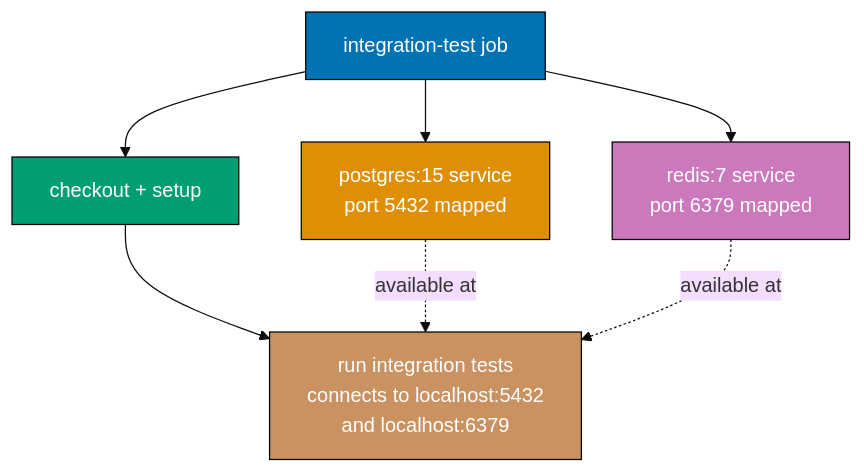
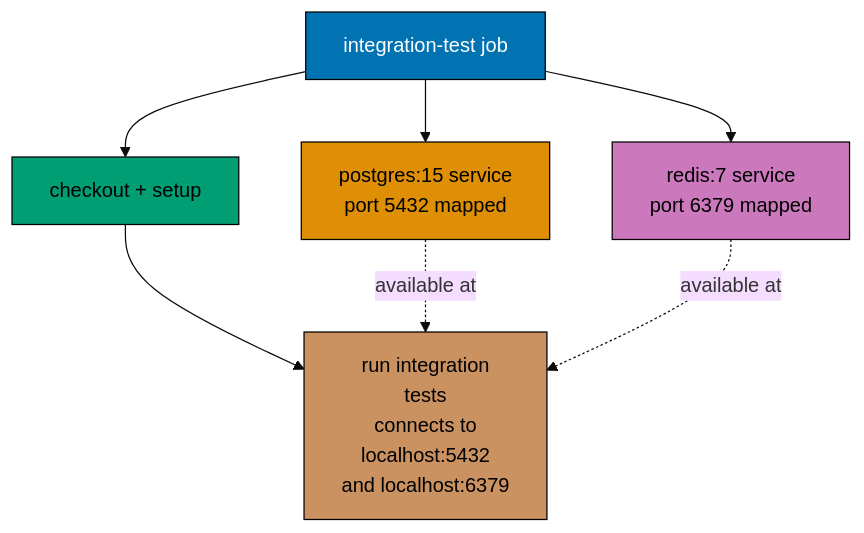
Before and after one commit to wahidyankf/ose-public: the sixth of 9 diagrams in apps/ayokoding-www/content/en/learn/legacy/software-engineering/automation-tools/github-actions/by-example/intermediate.md, drawn with Mermaid (base theme). The commit also changed other lines of this file and 131 other files, not shown here.

First line of the commit message:
fix(mermaid): bring the legacy data, infrastructure, and testing diagrams onto the accessible palette

````diff
--- a/apps/ayokoding-www/content/en/learn/legacy/software-engineering/automation-tools/github-actions/by-example/intermediate.md
+++ b/apps/ayokoding-www/content/en/learn/legacy/software-engineering/automation-tools/github-actions/by-example/intermediate.md
@@ -1173,22 +1204,30 @@
 ```mermaid
 %% Color Palette: Blue #0173B2, Orange #DE8F05, Teal #029E73, Purple #CC78BC, Brown #CA9161
 graph TD
+    accTitle: Example 46: Services
+    accDescr: Graph with 5 nodes and 6 connections. Nodes: integration-test job, postgres:15 service port 5432 mapped, redis:7 service port 6379 mapped, checkout + setup, run integration tests connects to localhost:5432 and localhost:6379. Connections: integration-test job to postgres:15 service port 5432 mapped, integration-test job to redis:7 service port 6379 mapped, integration-test job to checkout + setup, checkout + setup to run integration tests connects to localhost:5432 and localhost:6379, postgres:15 service port 5432 mapped to run integration tests connects to localhost:5432 and localhost:6379 (available at), redis:7 service port 6379 mapped to run integration tests connects to localhost:5432 and localhost:6379 (available at).
     JOB["integration-test job"]
     PG["postgres:15 service<br/>port 5432 mapped"]
     REDIS["redis:7 service<br/>port 6379 mapped"]
     STEP1["checkout + setup"]
-    STEP2["run integration tests<br/>connects to localhost:5432<br/>and localhost:6379"]
+    STEP2["run integration<br/>tests<br/>connects to<br/>localhost:5432<br/>and localhost:6379"]
 
     JOB --> PG
     JOB --> REDIS
     JOB --> STEP1
     STEP1 --> STEP2
     PG -.->|available at| STEP2
     REDIS -.->|available at| STEP2
 
-    style JOB fill:#0173B2,stroke:#000,color:#fff
-    style PG fill:#DE8F05,stroke:#000,color:#fff
-    style REDIS fill:#CC78BC,stroke:#000,color:#fff
-    style STEP1 fill:#029E73,stroke:#000,color:#fff
-    style STEP2 fill:#CA9161,stroke:#000,color:#fff
+    classDef pal-0173B2 fill:#0173B2,stroke:#000000,color:#FFFFFF
+    class JOB pal-0173B2
+    classDef pal-DE8F05 fill:#DE8F05,stroke:#000000,color:#000000
+    class PG pal-DE8F05
+    classDef pal-CC78BC fill:#CC78BC,stroke:#000000,color:#000000
+    class REDIS pal-CC78BC
+    classDef pal-029E73 fill:#029E73,stroke:#000000,color:#000000
+    class STEP1 pal-029E73
+    classDef pal-CA9161 fill:#CA9161,stroke:#000000,color:#000000
+    class STEP2 pal-CA9161
+    classDef default fill:#FFFFFF,stroke:#000000,color:#000000
 ```
````
